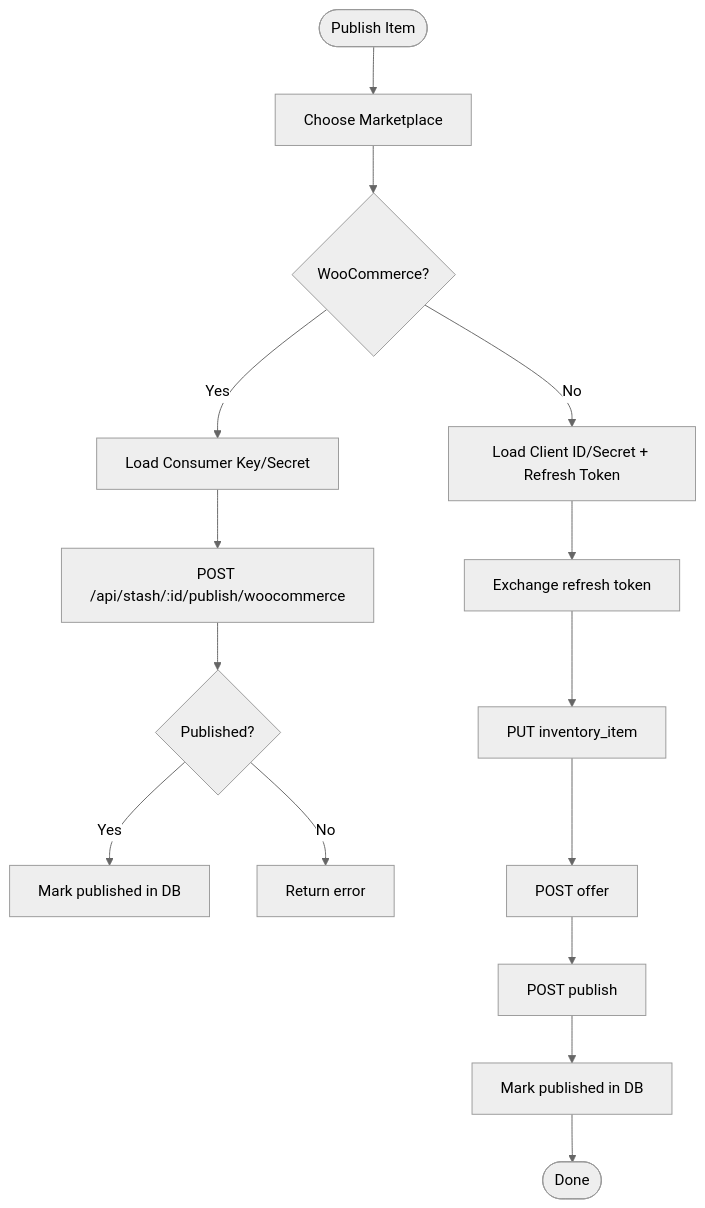
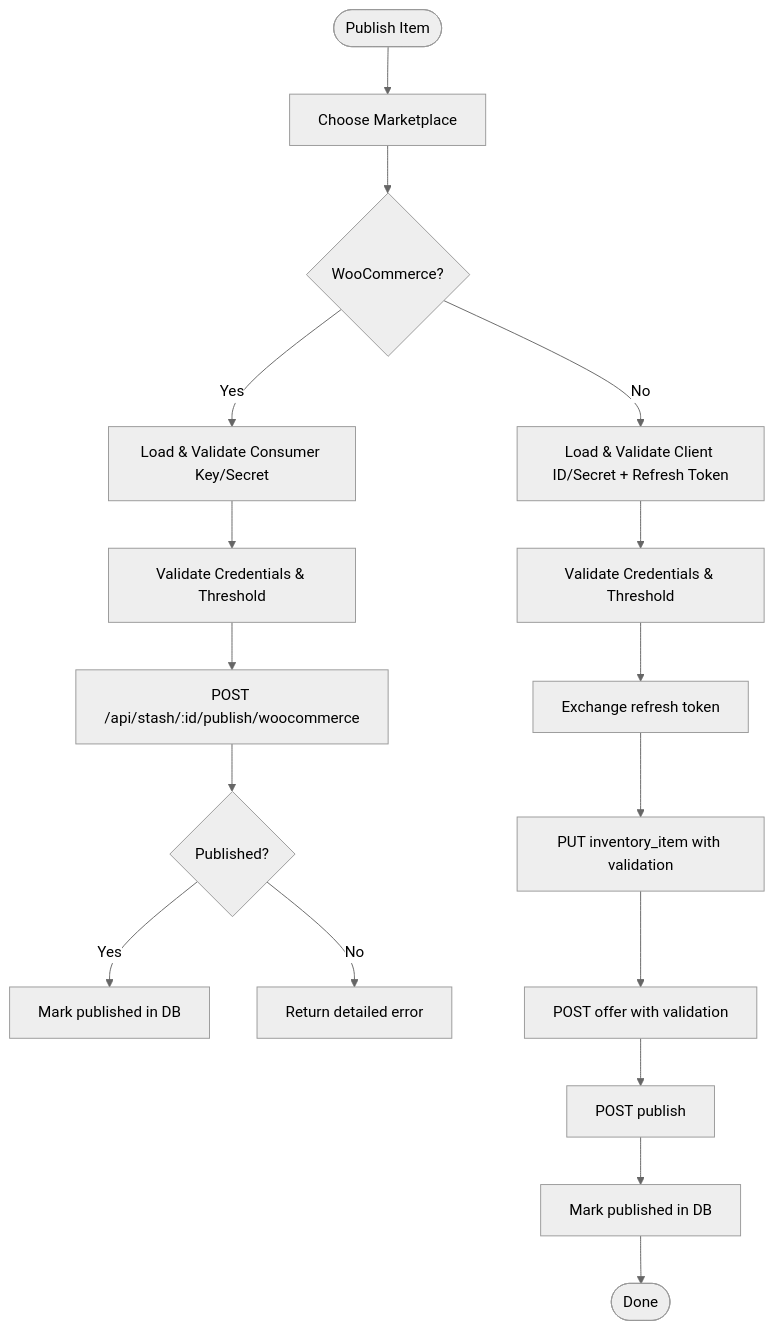
The fourth of 7 diagrams in .qoder/repowiki/en/content/Architecture Overview/Integration Patterns.md (hunglevi87/Hidden-Gem), drawn with Mermaid (neutral theme) before and after one commit. The commit also changed other lines of this file and 14 other files, not shown here.

````diff
--- a/.qoder/repowiki/en/content/Architecture Overview/Integration Patterns.md
+++ b/.qoder/repowiki/en/content/Architecture Overview/Integration Patterns.md
@@ -209,17 +221,19 @@
 ```mermaid
 flowchart TD
 Start(["Publish Item"]) --> Choose["Choose Marketplace"]
 Choose --> WC{"WooCommerce?"}
-WC --> |Yes| WC_Creds["Load Consumer Key/Secret"]
-WC_Creds --> WC_Publish["POST /api/stash/:id/publish/woocommerce"]
+WC --> |Yes| WC_Creds["Load & Validate Consumer Key/Secret"]
+WC_Creds --> WC_Validate["Validate Credentials & Threshold"]
+WC_Validate --> WC_Publish["POST /api/stash/:id/publish/woocommerce"]
 WC_Publish --> WC_Success{"Published?"}
 WC_Success --> |Yes| WC_Update["Mark published in DB"]
-WC_Success --> |No| WC_Error["Return error"]
-WC --> |No| EB_Creds["Load Client ID/Secret + Refresh Token"]
-EB_Creds --> EB_Token["Exchange refresh token"]
-EB_Token --> EB_CreateInv["PUT inventory_item"]
-EB_CreateInv --> EB_CreateOffer["POST offer"]
+WC_Success --> |No| WC_Error["Return detailed error"]
+WC --> |No| EB_Creds["Load & Validate Client ID/Secret + Refresh Token"]
+EB_Creds --> EB_Validate["Validate Credentials & Threshold"]
+EB_Validate --> EB_Token["Exchange refresh token"]
+EB_Token --> EB_CreateInv["PUT inventory_item with validation"]
+EB_CreateInv --> EB_CreateOffer["POST offer with validation"]
 EB_CreateOffer --> EB_Publish["POST publish"]
 EB_Publish --> EB_Update["Mark published in DB"]
 EB_Update --> End(["Done"])
 ```
````
